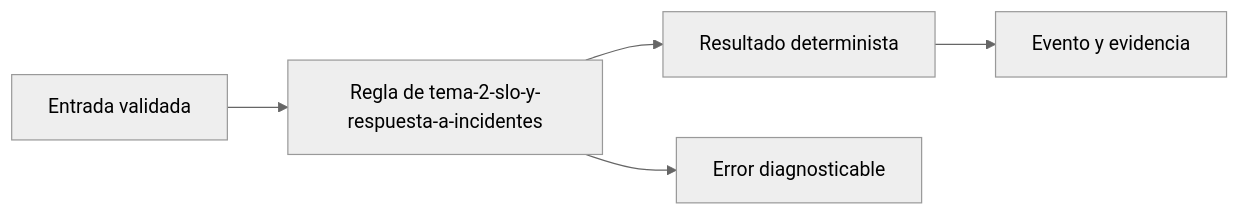
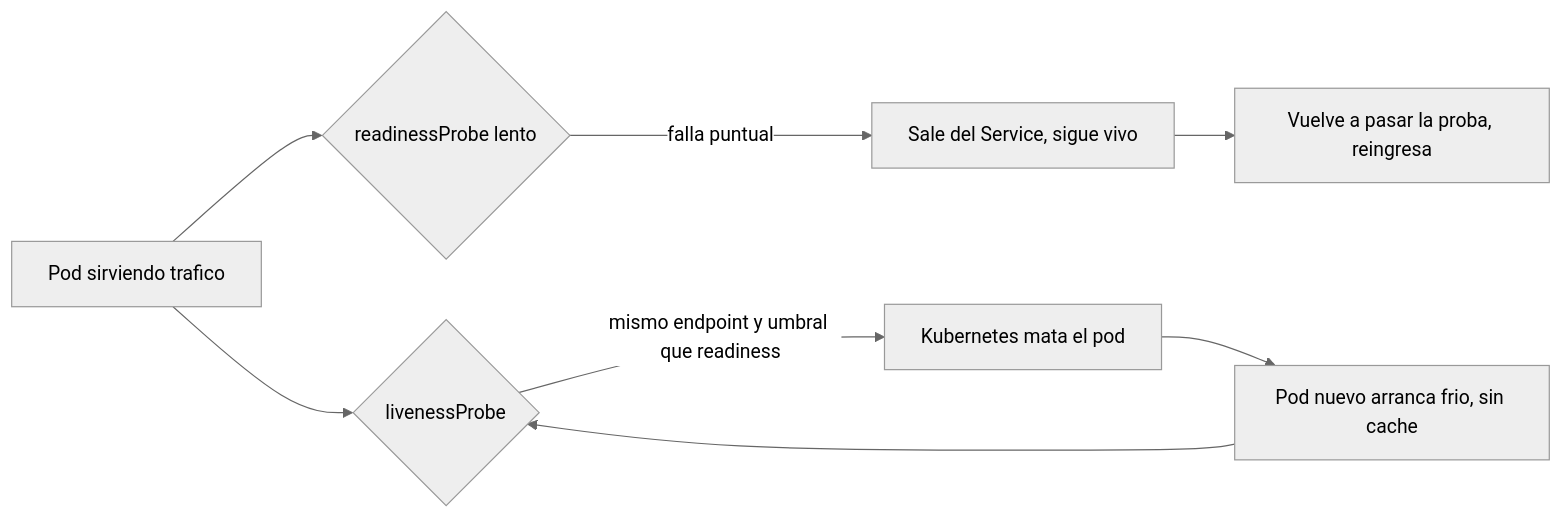
Before and after one commit to NICORUIZ93/Academia_Floci: the fourth of 6 diagrams in web/public/content/rutaflow/modulo-7.md, drawn with Mermaid (neutral theme). The commit also changed other lines of this file and 56 other files, not shown here.

````diff
--- a/web/public/content/rutaflow/modulo-7.md
+++ b/web/public/content/rutaflow/modulo-7.md
@@ -133,7 +184,10 @@
 ```mermaid
 flowchart LR
-  A[Entrada validada] --> B[Regla de tema-2-slo-y-respuesta-a-incidentes]
-  B --> C[Resultado determinista]
-  C --> D[Evento y evidencia]
-  B --> E[Error diagnosticable]
+  A[Pod sirviendo trafico] --> B{readinessProbe lento}
+  B -->|falla puntual| C[Sale del Service, sigue vivo]
+  C --> D[Vuelve a pasar la proba, reingresa]
+  A --> E{livenessProbe}
+  E -->|mismo endpoint y umbral que readiness| F[Kubernetes mata el pod]
+  F --> G[Pod nuevo arranca frio, sin cache]
+  G --> E
 ```
````
